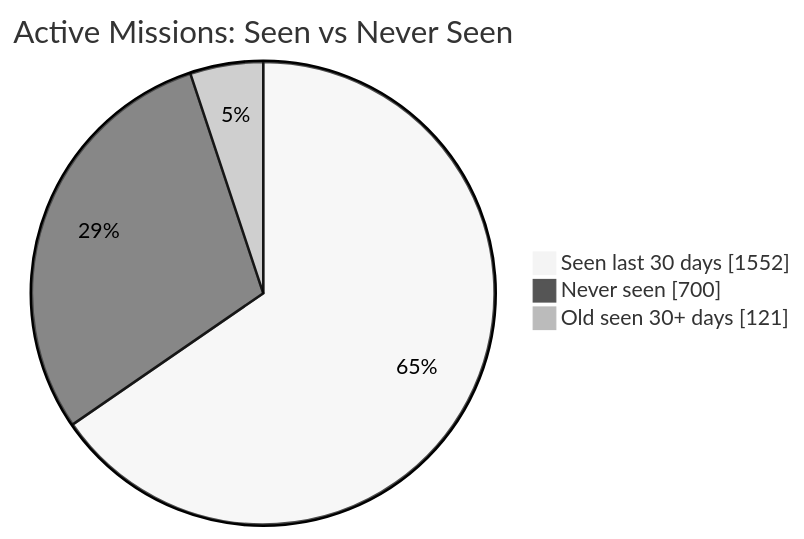
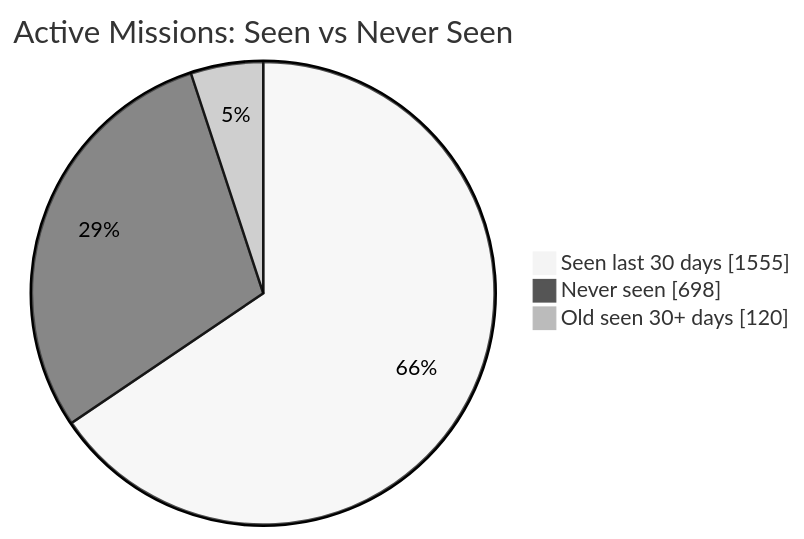
One commit to MeldkamerspelGameTeam/active-missions changed the first of 2 diagrams in README.md. Above: the diagram before and after it, drawn with Mermaid (neutral theme). The commit also changed other lines of this file and 3 other files, not shown here.

````diff
--- a/README.md
+++ b/README.md
@@ -34,7 +34,7 @@
 ```mermaid
 pie showData
     title Active Missions: Seen vs Never Seen
-    "Seen last 30 days" : 1552
-    "Never seen" : 700
-    "Old seen 30+ days" : 121
+    "Seen last 30 days" : 1555
+    "Never seen" : 698
+    "Old seen 30+ days" : 120
 ```
````
